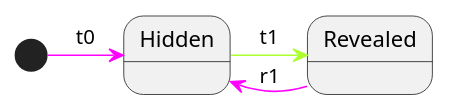
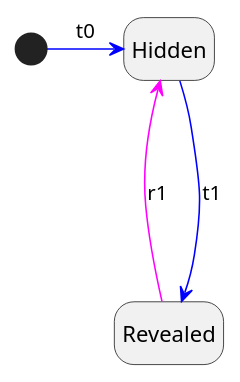
The diagram in docs/Revealable_2_states.puml (bortch/Revealable), drawn with PlantUML before and after one commit. The commit also changed 5 other files, not shown here.

```diff
--- a/docs/Revealable_2_states.puml
+++ b/docs/Revealable_2_states.puml
@@ -1,6 +1,8 @@
 @startuml
 
-[*] -[#Fuchsia]> Hidden: t0
-Hidden -[#GreenYellow]> Revealed : t1
+hide empty description
+
+[*] -[#Blue]> Hidden: t0
+Hidden -[#Blue]--> Revealed : t1
 Hidden <-[#Fuchsia]- Revealed: r1
 @enduml
```
